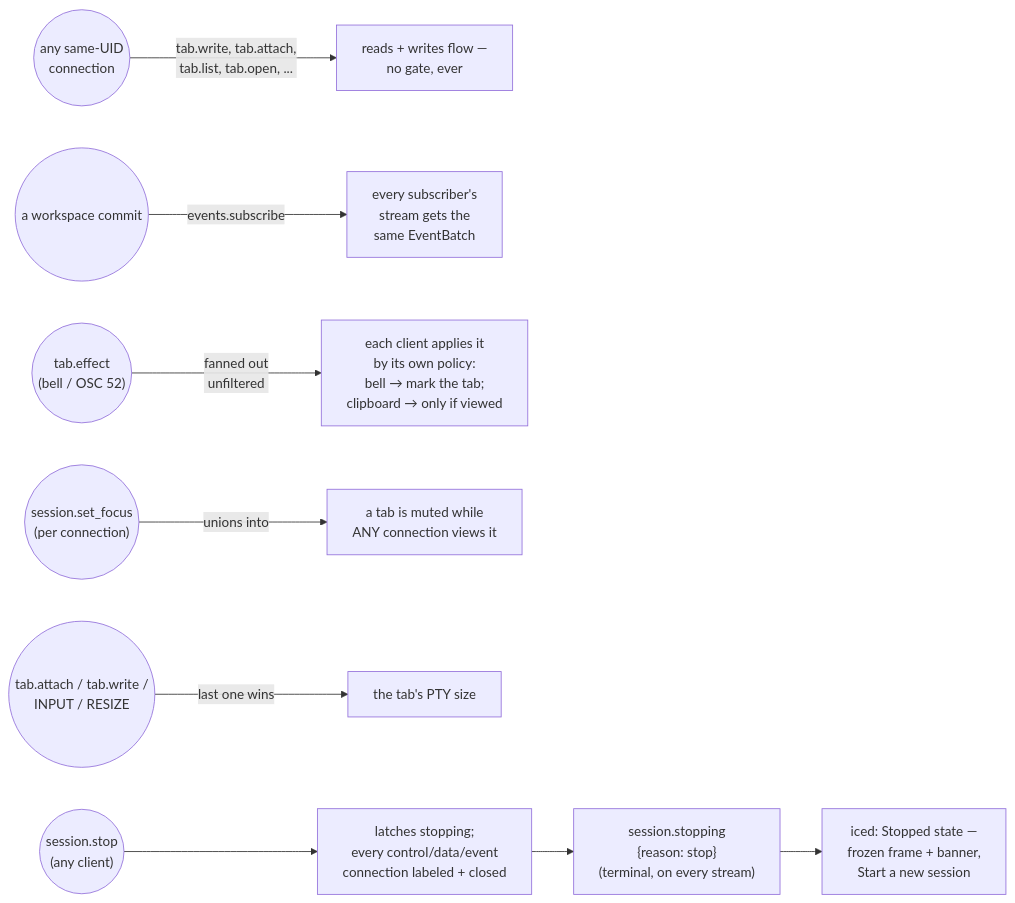
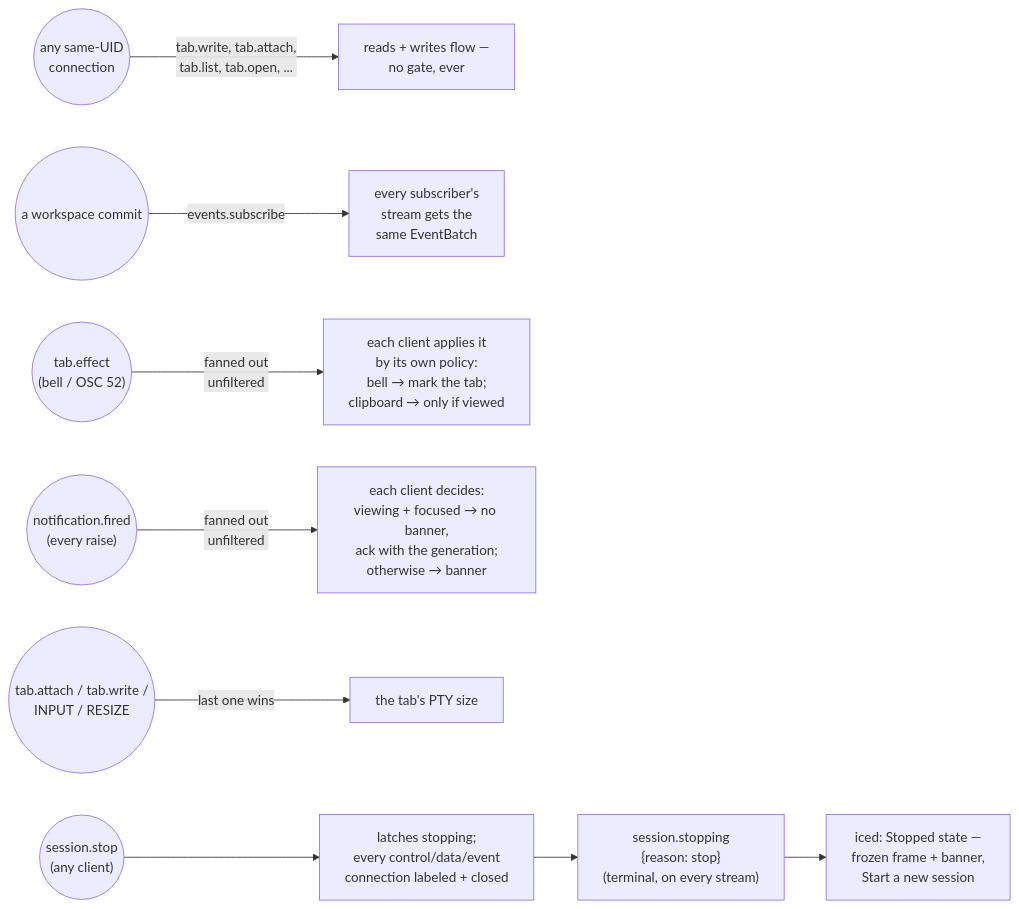
The third of 3 diagrams in docs/development/host-sessions.md (charliek/roost), drawn with Mermaid before and after one commit. The commit also changed other lines of this file and 31 other files, not shown here.

First line of the commit message:
fix(session): let every client decide its own notifications

````diff
--- a/docs/development/host-sessions.md
+++ b/docs/development/host-sessions.md
@@ -85,11 +85,11 @@
 ```mermaid
 flowchart LR
   AnyClient(("any same-UID<br/>connection")) -- "tab.write, tab.attach,<br/>tab.list, tab.open, ..." --> Live["reads + writes flow —<br/>no gate, ever"]
   Commit(("a workspace commit")) -- "events.subscribe" --> Batch["every subscriber's<br/>stream gets the<br/>same EventBatch"]
   Effect(("tab.effect<br/>(bell / OSC 52)")) -- "fanned out<br/>unfiltered" --> EachClient["each client applies it<br/>by its own policy:<br/>bell → mark the tab;<br/>clipboard → only if viewed"]
-  Focus(("session.set_focus<br/>(per connection)")) -- "unions into" --> Mute["a tab is muted while<br/>ANY connection views it"]
+  Notify(("notification.fired<br/>(every raise)")) -- "fanned out<br/>unfiltered" --> EachWindow["each client decides:<br/>viewing + focused → no banner,<br/>ack with the generation;<br/>otherwise → banner"]
   Size(("tab.attach / tab.write /<br/>INPUT / RESIZE")) -- "last one wins" --> PtySize["the tab's PTY size"]
   Stop(("session.stop<br/>(any client)")) --> Stopping["latches stopping;<br/>every control/data/event<br/>connection labeled + closed"]
   Stopping --> StoppingS["session.stopping<br/>{reason: stop}<br/>(terminal, on every stream)"]
   StoppingS --> UIS["iced: Stopped state —<br/>frozen frame + banner,<br/>Start a new session"]
 ```
````
